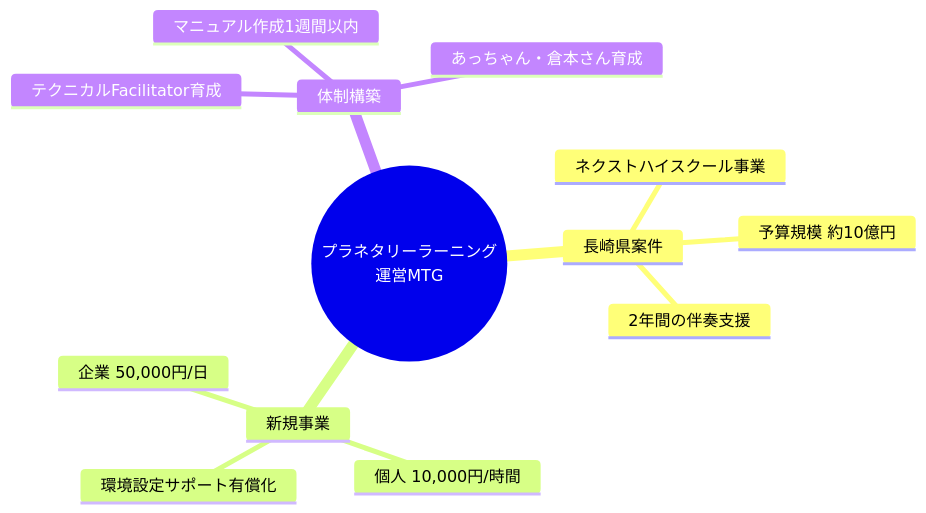
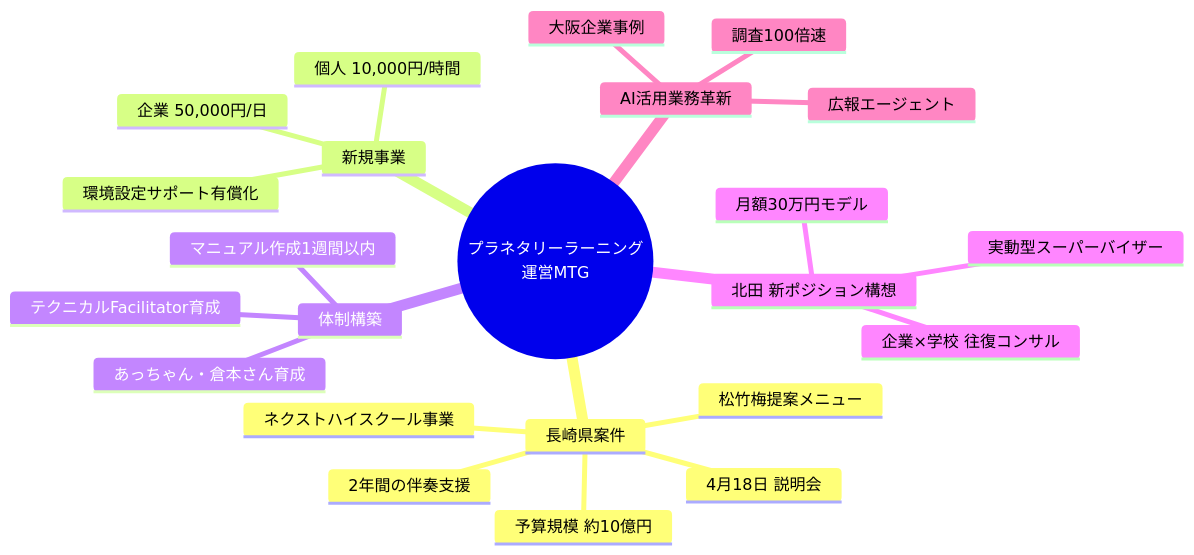
One commit to VOMOYA/planetary-learning-mtg-reports changed the first of 8 diagrams in プラネタリーラーニング_運営MTG_20260326.md. Above: the diagram before and after it, drawn with Mermaid. The commit also changed other lines of this file, not shown here.

````diff
--- a/プラネタリーラーニング_運営MTG_20260326.md
+++ b/プラネタリーラーニング_運営MTG_20260326.md
@@ -10,16 +22,26 @@
 ```mermaid
 mindmap
   root((プラネタリーラーニング<br/>運営MTG))
     長崎県案件
       ネクストハイスクール事業
       予算規模 約10億円
       2年間の伴奏支援
+      松竹梅提案メニュー
+      4月18日 説明会
     新規事業
       環境設定サポート有償化
       個人 10,000円/時間
       企業 50,000円/日
     体制構築
       テクニカルFacilitator育成
       マニュアル作成1週間以内
       あっちゃん・倉本さん育成
+    北田 新ポジション構想
+      実動型スーパーバイザー
+      企業×学校 往復コンサル
+      月額30万円モデル
+    AI活用業務革新
+      大阪企業事例
+      調査100倍速
+      広報エージェント
 ```
````
